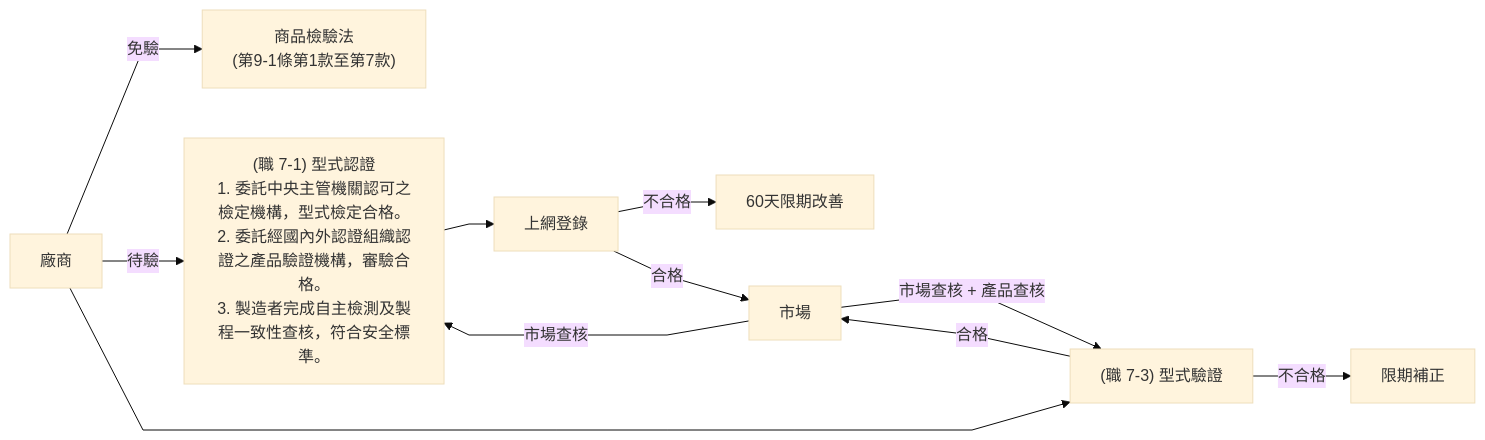
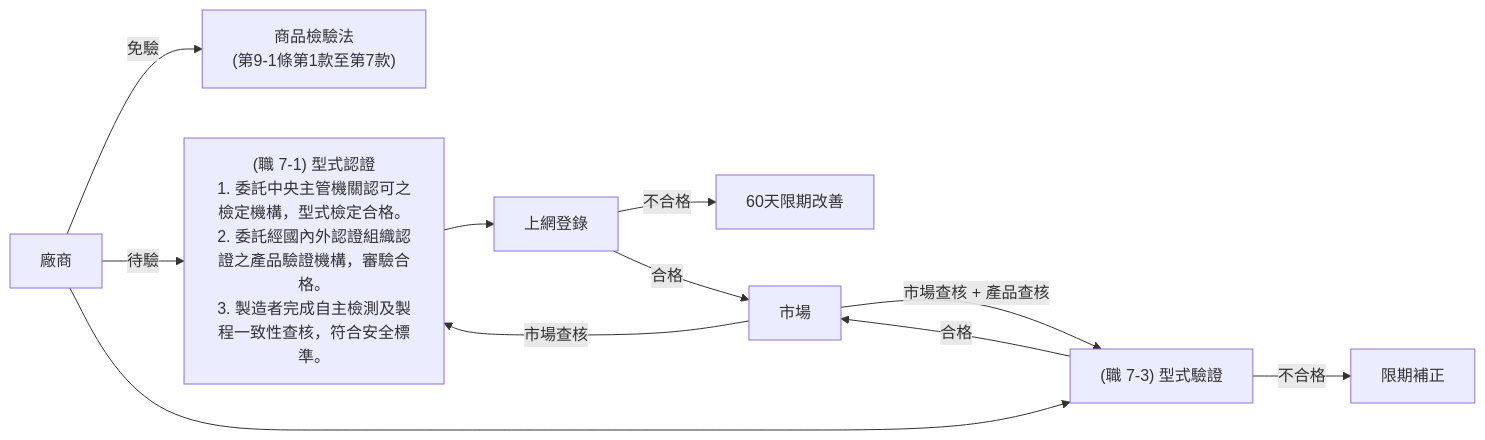
The second of 2 diagrams in docs/機械設備.md (YuCH-Hank/OSH), drawn with Mermaid before and after one commit. The commit also changed other lines of this file and 13 other files, not shown here.

````diff
--- a/docs/機械設備.md
+++ b/docs/機械設備.md
@@ -105,14 +102,13 @@
 ```mermaid
-%%{init: {'theme':'base','flowchart':{'htmlLabels':true,'curve':'linear'},'fontFamily':'Noto Sans TC, Microsoft JhengHei, sans-serif'}}%%
 flowchart LR
     A["廠商"] -->|免驗| B["商品檢驗法<br/>(第9-1條第1款至第7款)"]
     A -->|待驗| C["(職 7-1) 型式認證<br/>1. 委託中央主管機關認可之檢定機構，型式檢定合格。<br/>2. 委託經國內外認證組織認證之產品驗證機構，審驗合格。<br/>3. 製造者完成自主檢測及製程一致性查核，符合安全標準。"]
     C --> D["上網登錄"]
     D -->|不合格| E["60天限期改善"]
     D -->|合格| F["市場"]
     A --> G["(職 7-3) 型式驗證"]
     G -->|不合格| H["限期補正"]
     G -->|合格| F
     F -->|市場查核 + 產品查核| G
     F -->|市場查核| C
 ```
````
